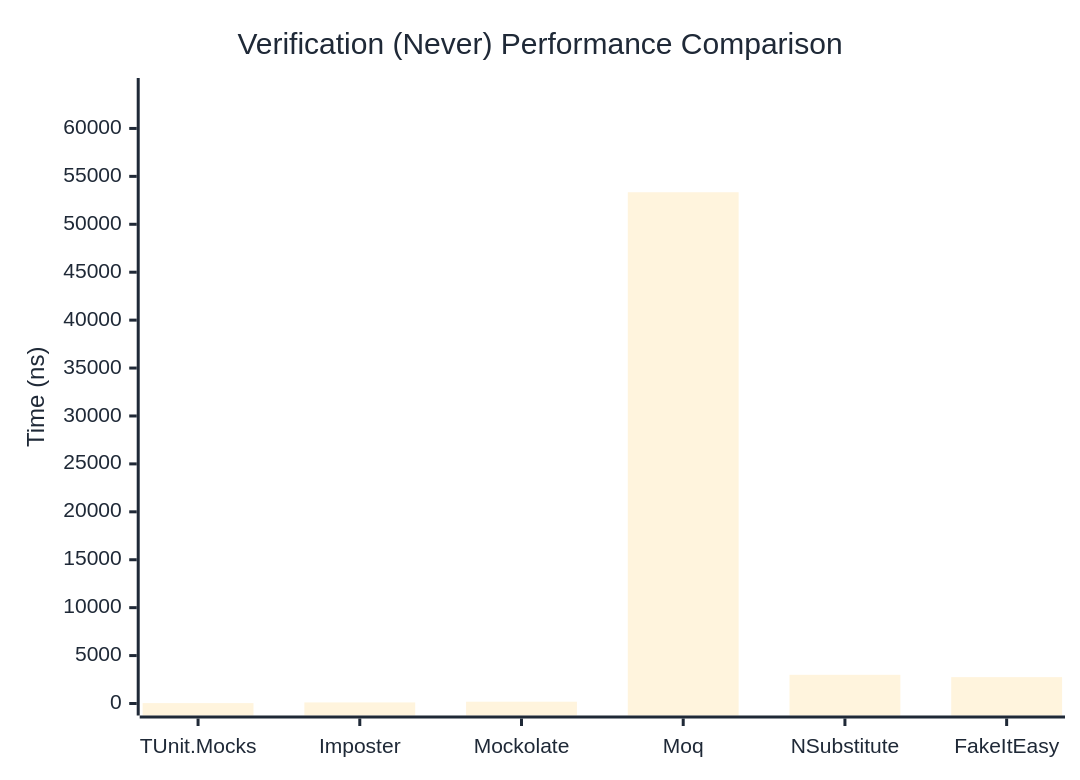
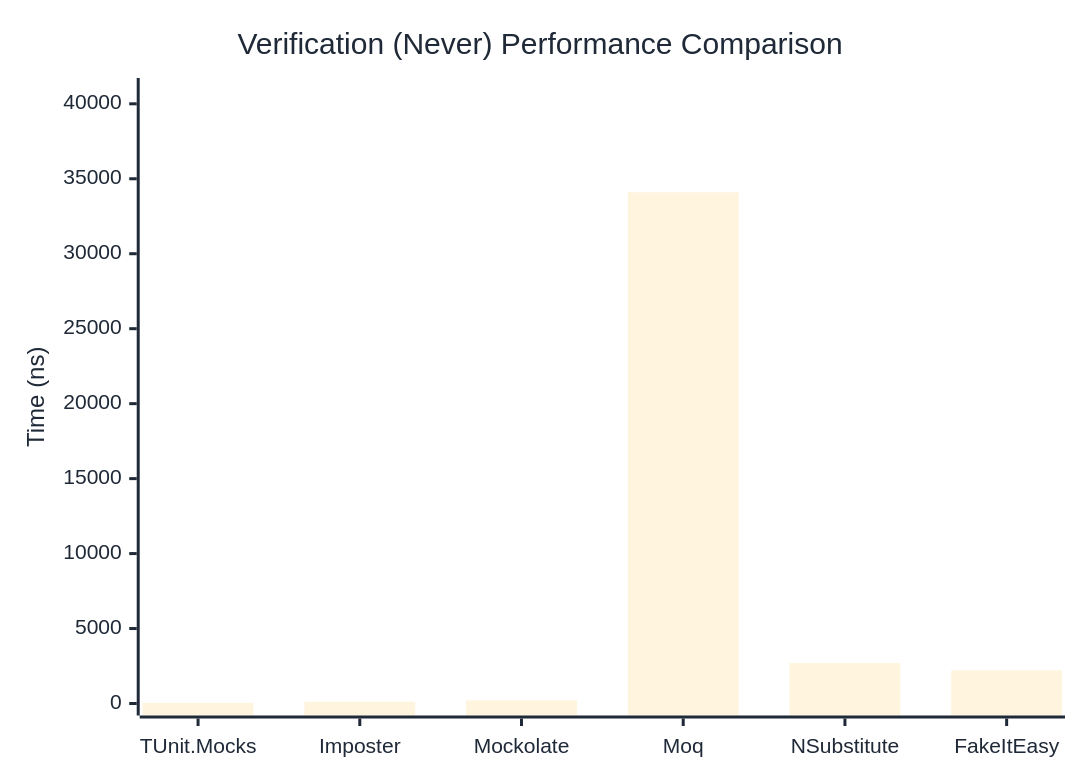
Before and after one commit to thomhurst/TUnit: the second of 3 diagrams in docs/docs/benchmarks/mocks/Verification.md, drawn with Mermaid. The commit also changed other lines of this file and 14 other files, not shown here.

````diff
--- a/docs/docs/benchmarks/mocks/Verification.md
+++ b/docs/docs/benchmarks/mocks/Verification.md
@@ -71,27 +71,27 @@
 ```mermaid
 %%{init: {
   'theme':'base',
   'themeVariables': {
     'primaryColor': '#2563eb',
     'primaryTextColor': '#1f2937',
     'primaryBorderColor': '#1e40af',
     'lineColor': '#6b7280',
     'secondaryColor': '#7c3aed',
     'tertiaryColor': '#dc2626',
     'background': '#ffffff',
     'pie1': '#2563eb',
     'pie2': '#7c3aed',
     'pie3': '#dc2626',
     'pie4': '#f59e0b',
     'pie5': '#10b981',
     'pie6': '#06b6d4',
     'pie7': '#ec4899',
     'pie8': '#6366f1'
   }
 }}%%
 xychart-beta
   title "Verification (Never) Performance Comparison"
   x-axis ["TUnit.Mocks", "Imposter", "Mockolate", "Moq", "NSubstitute", "FakeItEasy"]
-  y-axis "Time (ns)" 0 --> 64011
-  bar [42.84, 112.29, 186.2, 53342.43, 2991.24, 2750.62]
+  y-axis "Time (ns)" 0 --> 40921
+  bar [46.49, 120.55, 211.69, 34100.3, 2691.96, 2214.39]
 ```
````
